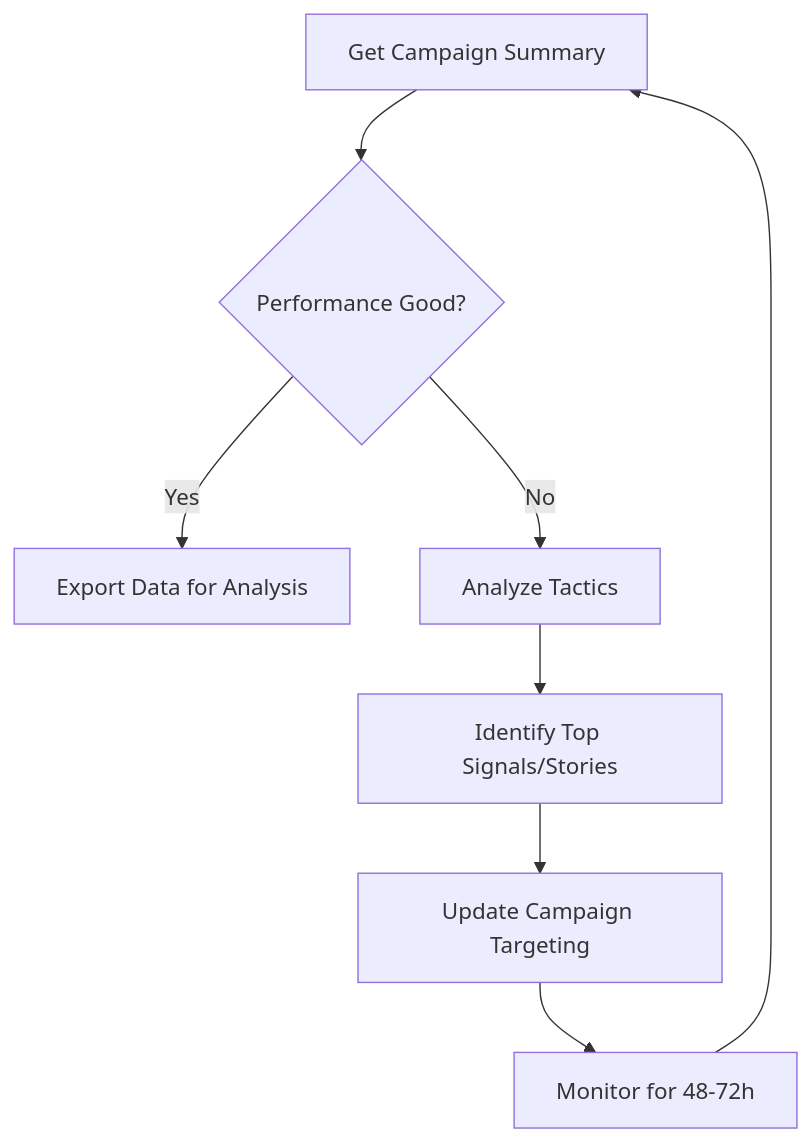
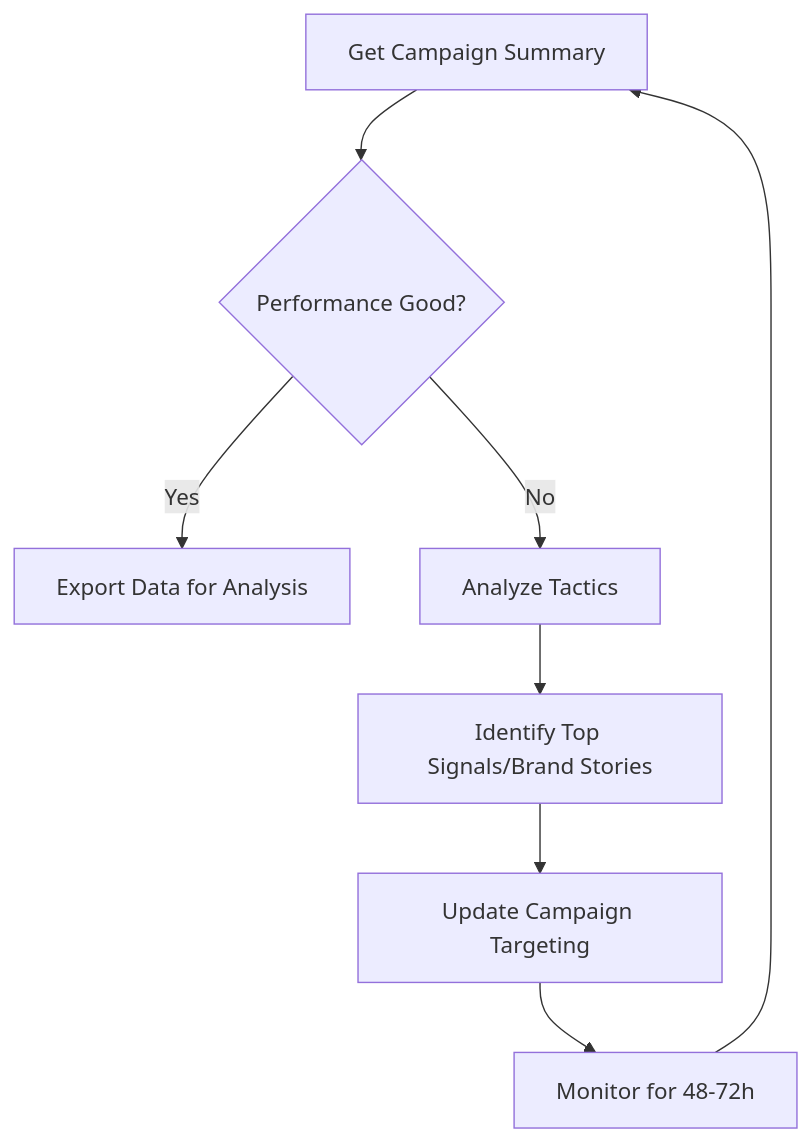
The third of 4 diagrams in mintlify/concepts.mdx (scope3data/activation-api), drawn with Mermaid before and after one commit. The commit also changed other lines of this file and 35 other files, not shown here.

````diff
--- a/mintlify/concepts.mdx
+++ b/mintlify/concepts.mdx
@@ -288,10 +335,10 @@
 ```mermaid
 graph TD
     A[Get Campaign Summary] --> B{Performance Good?}
     B -->|Yes| C[Export Data for Analysis]
     B -->|No| D[Analyze Tactics] 
-    D --> E[Identify Top Signals/Stories]
+    D --> E[Identify Top Signals/Brand Stories]
     E --> F[Update Campaign Targeting]
     F --> G[Monitor for 48-72h]
     G --> A
 ```
````
